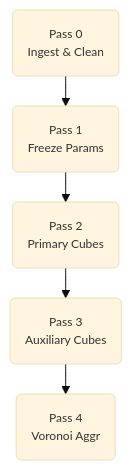
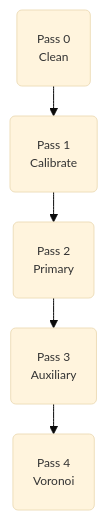
The diagram in docs/decisions/ADR-00008-weather-imputation-dag-and-anti-leakage-.md (CamiloEmiliano/ercot-voronoi-load), drawn with Mermaid before and after one commit.

Commit message:
Shorten Mermaid labels to single compact words in ADR-00008

````diff
--- a/docs/decisions/ADR-00008-weather-imputation-dag-and-anti-leakage-.md
+++ b/docs/decisions/ADR-00008-weather-imputation-dag-and-anti-leakage-.md
@@ -37,11 +37,11 @@
 ```mermaid
-%%{init: {'theme': 'base', 'themeVariables': { 'fontSize': '12px' }, 'flowchart': { 'nodeSpacing': 20, 'rankSpacing': 30, 'padding': 15 }}}%%
+%%{init: {'theme': 'base', 'themeVariables': { 'fontSize': '12px' }, 'flowchart': { 'nodeSpacing': 20, 'rankSpacing': 30, 'padding': 20 }}}%%
 flowchart TD
-    P0("Pass 0<br/>Ingest & Clean")
-    P1("Pass 1<br/>Freeze Params")
-    P2("Pass 2<br/>Primary Cubes")
-    P3("Pass 3<br/>Auxiliary Cubes")
-    P4("Pass 4<br/>Voronoi Aggr")
+    P0("Pass 0<br/>Clean")
+    P1("Pass 1<br/>Calibrate")
+    P2("Pass 2<br/>Primary")
+    P3("Pass 3<br/>Auxiliary")
+    P4("Pass 4<br/>Voronoi")
 
     P0 --> P1 --> P2 --> P3 --> P4
 ```
````
